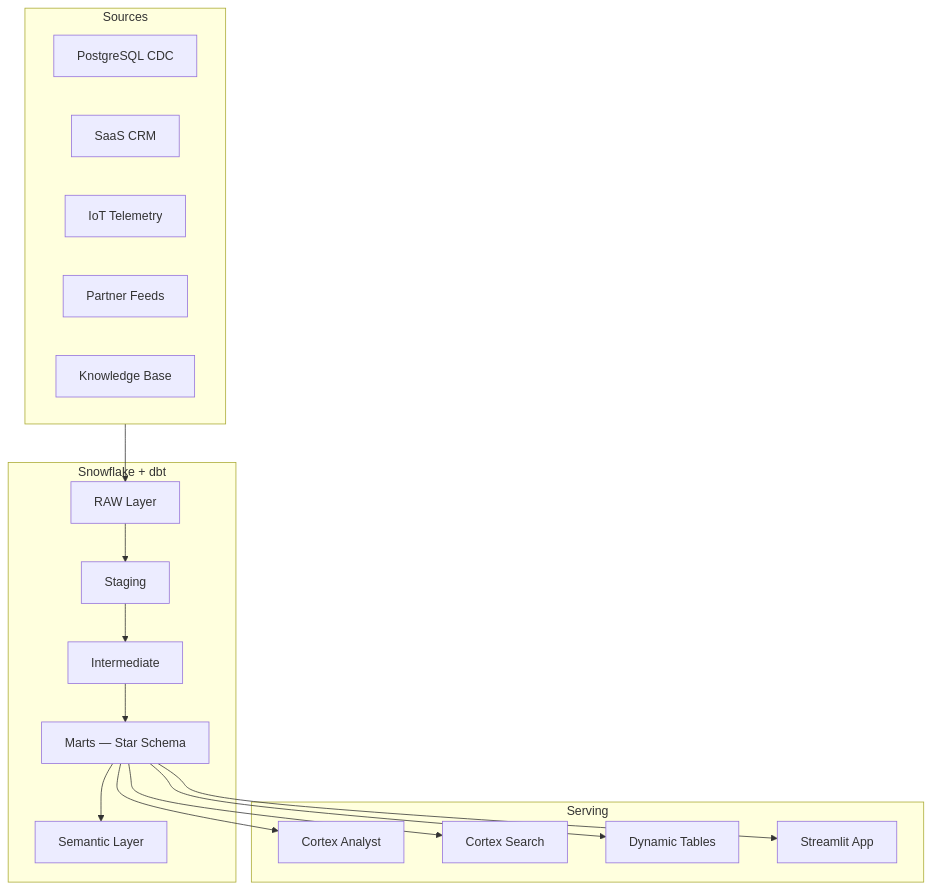
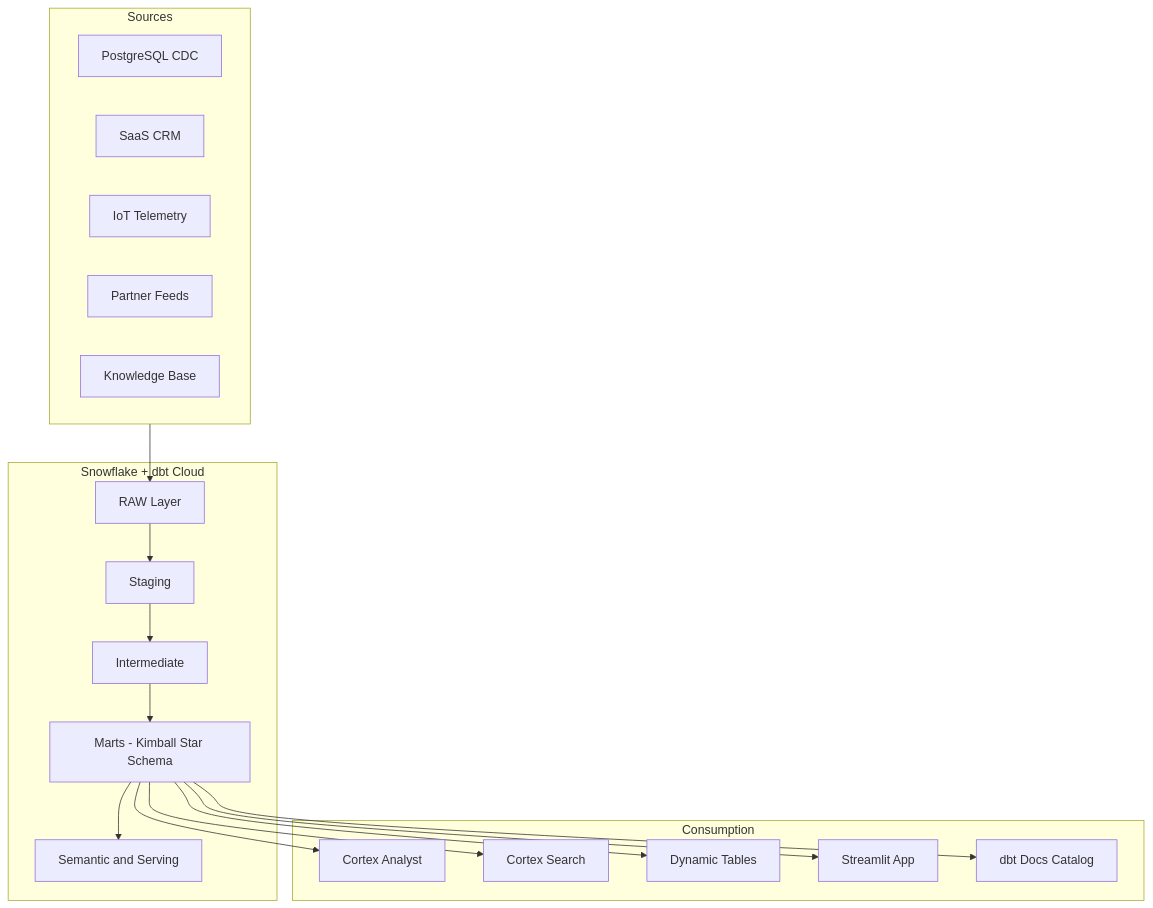
One commit to kaspergroenbek/lighthouse changed the diagram in README.md. Above: the diagram before and after it, drawn with Mermaid. The commit also changed other lines of this file and 4 other files, not shown here.

````diff
--- a/README.md
+++ b/README.md
@@ -7,25 +25,26 @@
 ```mermaid
 graph TB
     subgraph Sources
         OLTP[PostgreSQL CDC]
         CRM[SaaS CRM]
         IOT[IoT Telemetry]
         PARTNER[Partner Feeds]
         KB[Knowledge Base]
     end
-    subgraph "Snowflake + dbt"
+    subgraph "Snowflake + dbt Cloud"
         RAW[RAW Layer]
         STG[Staging]
         INT[Intermediate]
-        MARTS[Marts — Star Schema]
-        SEM[Semantic Layer]
+        MARTS[Marts - Kimball Star Schema]
+        SEM[Semantic and Serving]
     end
-    subgraph Serving
+    subgraph Consumption
         CORTEX_A[Cortex Analyst]
         CORTEX_S[Cortex Search]
         DT[Dynamic Tables]
         APP[Streamlit App]
+        DOCS[dbt Docs Catalog]
     end
     Sources --> RAW --> STG --> INT --> MARTS --> SEM
-    MARTS --> CORTEX_A & CORTEX_S & DT & APP
+    MARTS --> CORTEX_A & CORTEX_S & DT & APP & DOCS
 ```
````
